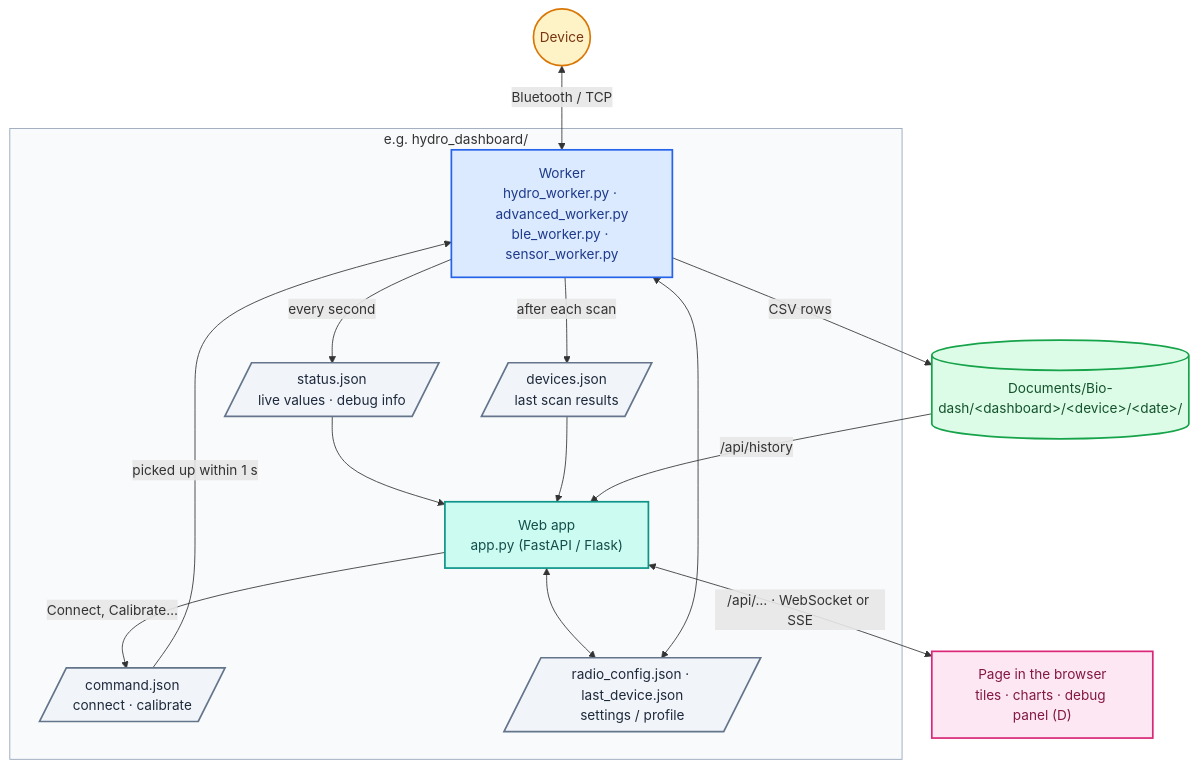
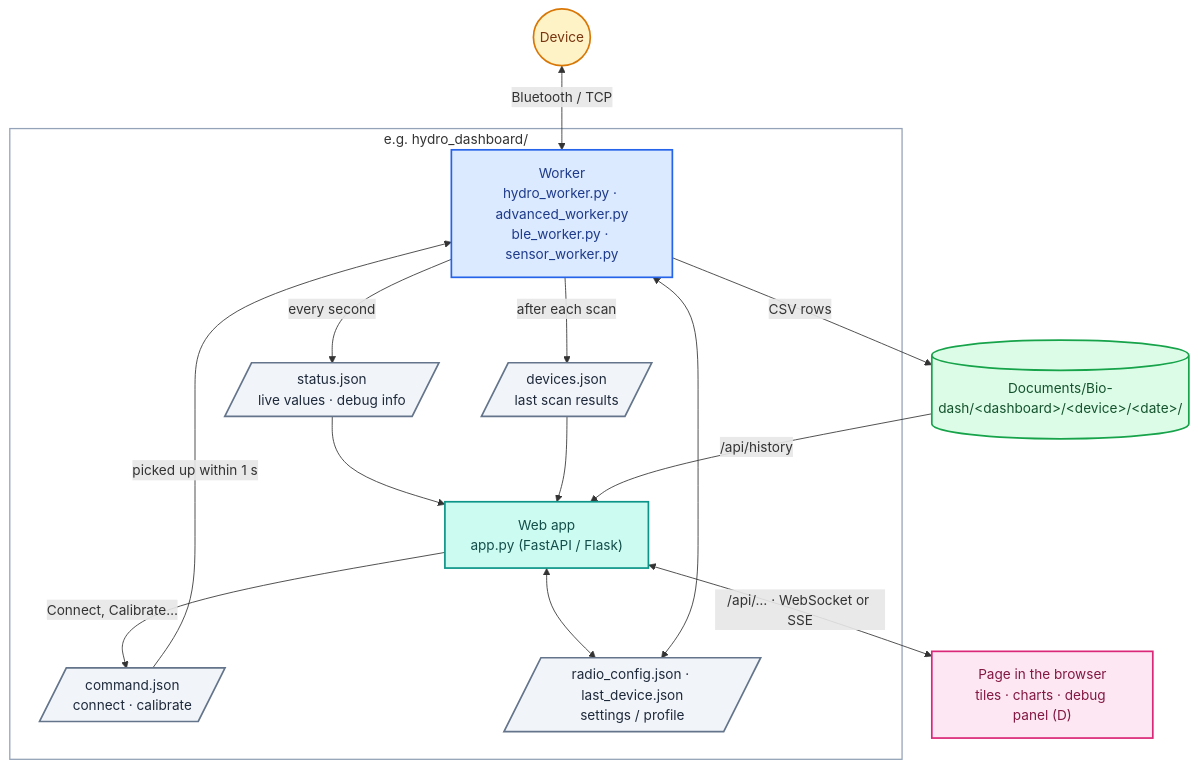
One commit to Meapy011/Bio-dash changed the third of 7 diagrams in V3.0_Dashboard/docs/ARCHITECTURE.md. Above: the diagram before and after it, drawn with Mermaid. The commit also changed other lines of this file and 2 other files, not shown here.

Commit message:
V3.0: docs update (architecture link, diagrams readable in dark mode, credits, night report)

````diff
--- a/V3.0_Dashboard/docs/ARCHITECTURE.md
+++ b/V3.0_Dashboard/docs/ARCHITECTURE.md
@@ -104,42 +104,42 @@
 ```mermaid
 flowchart TB
     DEV(("Device")) <-->|Bluetooth / TCP| W
 
     subgraph D["e.g. hydro_dashboard/"]
         W["Worker<br/>hydro_worker.py · advanced_worker.py<br/>ble_worker.py · sensor_worker.py"]
         S[/"status.json<br/>live values · debug info"/]
         DV[/"devices.json<br/>last scan results"/]
         C[/"command.json<br/>connect · calibrate"/]
         CFG[/"radio_config.json · last_device.json<br/>settings / profile"/]
         A["Web app<br/>app.py (FastAPI / Flask)"]
         W -->|every second| S
         W -->|after each scan| DV
         C -->|picked up within 1 s| W
         CFG <--> W
         S & DV --> A
         A -->|Connect, Calibrate…| C
         A <--> CFG
     end
 
     A <-->|"/api/… · WebSocket or SSE"| P["Page in the browser<br/>tiles · charts · debug panel (D)"]
     W -->|"CSV rows"| R[("Documents/Bio-dash/&lt;dashboard&gt;/&lt;device&gt;/&lt;date&gt;/")]
     R -->|"/api/history"| A
 
     classDef device fill:#FEF3C7,stroke:#D97706,color:#78350F,stroke-width:2px
     classDef radio fill:#EDE9FE,stroke:#7C3AED,color:#4C1D95,stroke-width:2px
     classDef worker fill:#DBEAFE,stroke:#2563EB,color:#1E3A8A,stroke-width:2px
     classDef app fill:#CCFBF1,stroke:#0D9488,color:#134E4A,stroke-width:2px
     classDef file fill:#F1F5F9,stroke:#64748B,color:#1E293B,stroke-width:2px
     classDef store fill:#DCFCE7,stroke:#16A34A,color:#14532D,stroke-width:2px
     classDef ui fill:#FCE7F3,stroke:#DB2777,color:#831843,stroke-width:2px
     classDef decision fill:#FFEDD5,stroke:#EA580C,color:#7C2D12,stroke-width:2px
     classDef warn fill:#FEE2E2,stroke:#DC2626,color:#7F1D1D,stroke-width:2px
-    classDef start fill:#1E293B,stroke:#0F172A,color:#F8FAFC,stroke-width:2px
+    classDef start fill:#1E293B,stroke:#94A3B8,color:#F8FAFC,stroke-width:2px
     class DEV device
     class W worker
     class S,DV,C,CFG file
     class A app
     class P ui
     class R store
-    style D fill:#F8FAFC,stroke:#94A3B8
+    style D fill:none,stroke:#94A3B8,stroke-width:1.5px
 ```
````
